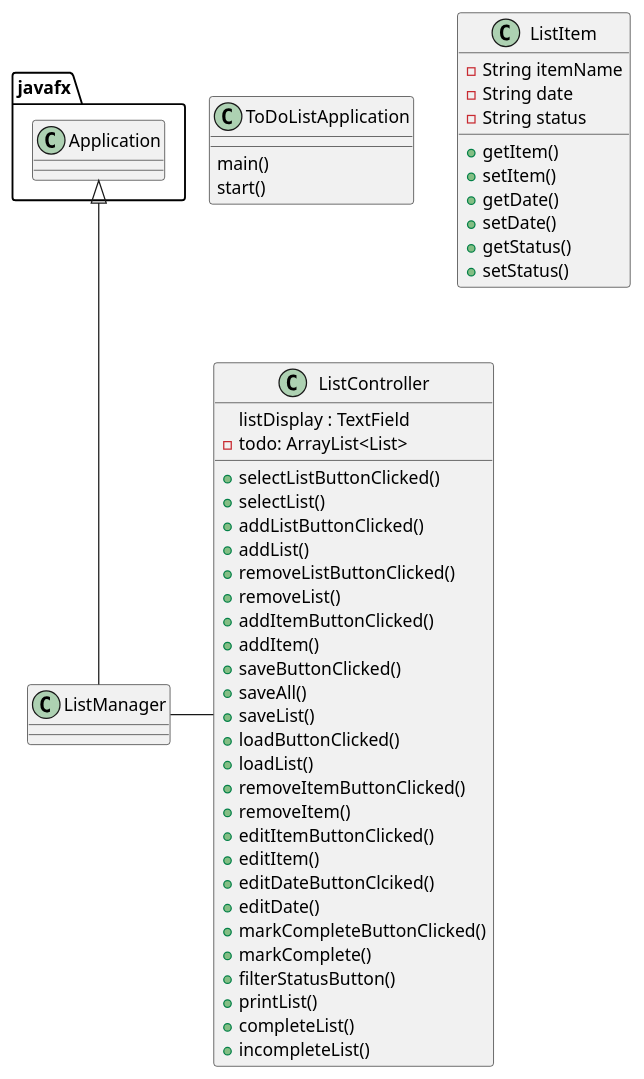
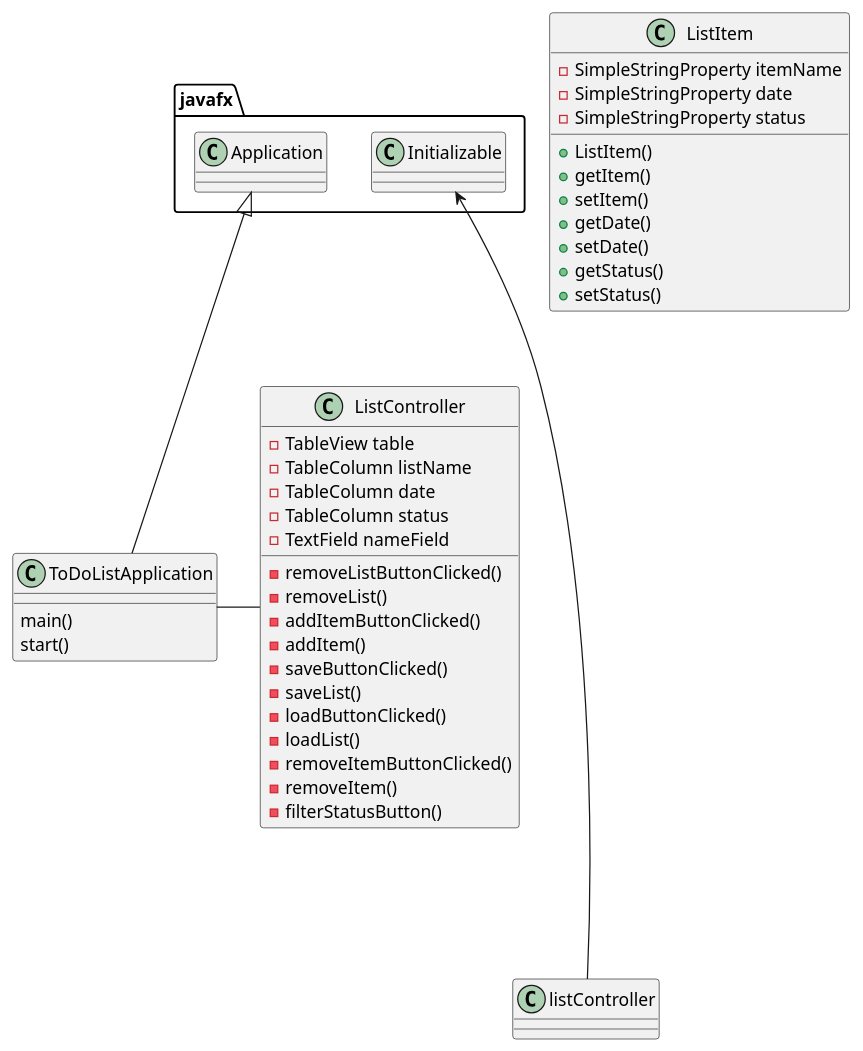
Before and after one commit to cristiamenciso/enciso-app10-imp1: the diagram in enciso-app1-imp1/docs/App1Plant.puml, drawn with PlantUML. The commit also changed 5 other files, not shown here.

```diff
--- a/enciso-app1-imp1/docs/App1Plant.puml
+++ b/enciso-app1-imp1/docs/App1Plant.puml
@@ -1,59 +1,50 @@
 @startuml
 'https://plantuml.com/class-diagram
 
 class ToDoListApplication {
     main()
     start()
 }
 
 class ListController {
-    listDisplay : TextField
-    - todo: ArrayList<List>
+    -TableView table
+    -TableColumn listName
+    -TableColumn date
+    -TableColumn status
+    -TextField nameField
+    -removeListButtonClicked()
+    -removeList()
+    -addItemButtonClicked()
+    -addItem()
+    -saveButtonClicked()
+    -saveList()
+    -loadButtonClicked()
+    -loadList()
+    -removeItemButtonClicked()
+    -removeItem()
+    -filterStatusButton()
 
-    +selectListButtonClicked()
-    +selectList()
-    +addListButtonClicked()
-    +addList()
-    +removeListButtonClicked()
-    +removeList()
-    +addItemButtonClicked()
-    +addItem()
-    +saveButtonClicked()
-    +saveAll()
-    +saveList()
-    +loadButtonClicked()
-    +loadList()
-    +removeItemButtonClicked()
-    +removeItem()
-    +editItemButtonClicked()
-    +editItem()
-    +editDateButtonClciked()
-    +editDate()
-    +markCompleteButtonClicked()
-    +markComplete()
-    +filterStatusButton()
-    +printList()
-    +completeList()
-    +incompleteList()
 
 }
 
 
 class ListItem {
-    -String itemName
-    -String date
-    -String status
+    -SimpleStringProperty itemName
+    -SimpleStringProperty date
+    -SimpleStringProperty status
+    +ListItem()
     +getItem()
     +setItem()
     +getDate()
     +setDate()
     +getStatus()
     +setStatus()
 }
 
-javafx.Application <|-- ListManager
-ListManager - ListController
+javafx.Application <|-- ToDoListApplication
+ToDoListApplication - ListController
+javafx.Initializable  <---- listController
 
 
 
 @enduml
```
